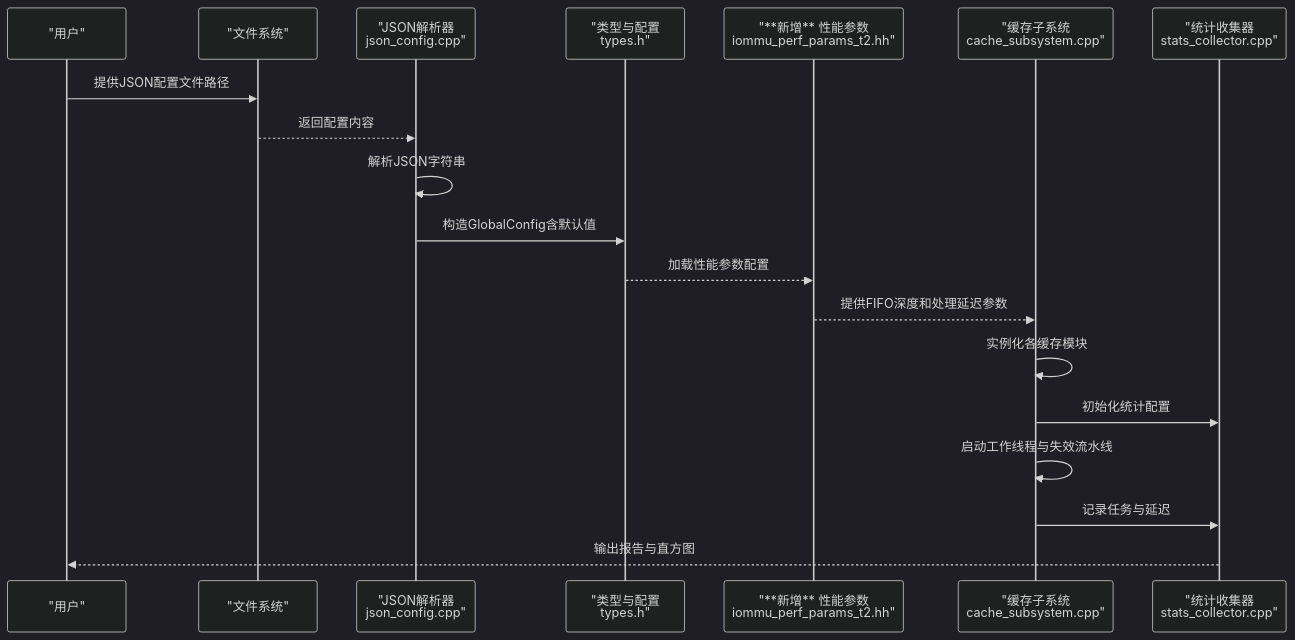
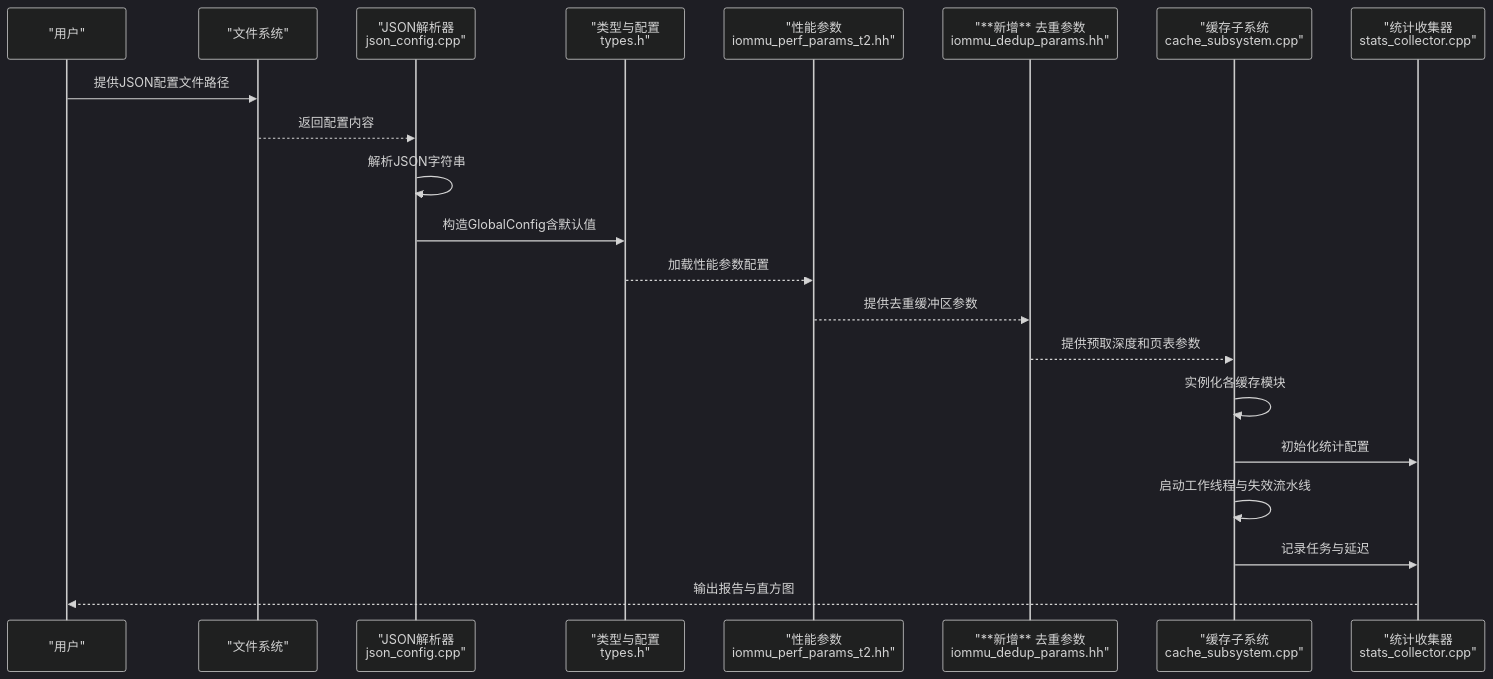
Before and after one commit to jiangjiang1122/iommu_model_20260401_v1: the second of 6 diagrams in .qoder/repowiki/zh/content/配置和参数管理.md, drawn with Mermaid (dark theme). The commit also changed other lines of this file and 12 other files, not shown here.

````diff
--- a/.qoder/repowiki/zh/content/配置和参数管理.md
+++ b/.qoder/repowiki/zh/content/配置和参数管理.md
@@ -157,21 +177,23 @@
 ```mermaid
 sequenceDiagram
 participant User as "用户"
 participant FS as "文件系统"
 participant Parser as "JSON解析器<br/>json_config.cpp"
 participant Types as "类型与配置<br/>types.h"
-participant PerfParams as "**新增** 性能参数<br/>iommu_perf_params_t2.hh"
+participant PerfParams as "性能参数<br/>iommu_perf_params_t2.hh"
+participant DedupParams as "**新增** 去重参数<br/>iommu_dedup_params.hh"
 participant Subsys as "缓存子系统<br/>cache_subsystem.cpp"
 participant Stats as "统计收集器<br/>stats_collector.cpp"
 User->>FS : 提供JSON配置文件路径
 FS-->>Parser : 返回配置内容
 Parser->>Parser : 解析JSON字符串
 Parser->>Types : 构造GlobalConfig含默认值
 Types-->>PerfParams : 加载性能参数配置
-PerfParams-->>Subsys : 提供FIFO深度和处理延迟参数
+PerfParams-->>DedupParams : 提供去重缓冲区参数
+DedupParams-->>Subsys : 提供预取深度和页表参数
 Subsys->>Subsys : 实例化各缓存模块
 Subsys->>Stats : 初始化统计配置
 Subsys->>Subsys : 启动工作线程与失效流水线
 Subsys->>Stats : 记录任务与延迟
 Stats-->>User : 输出报告与直方图
 ```
````
